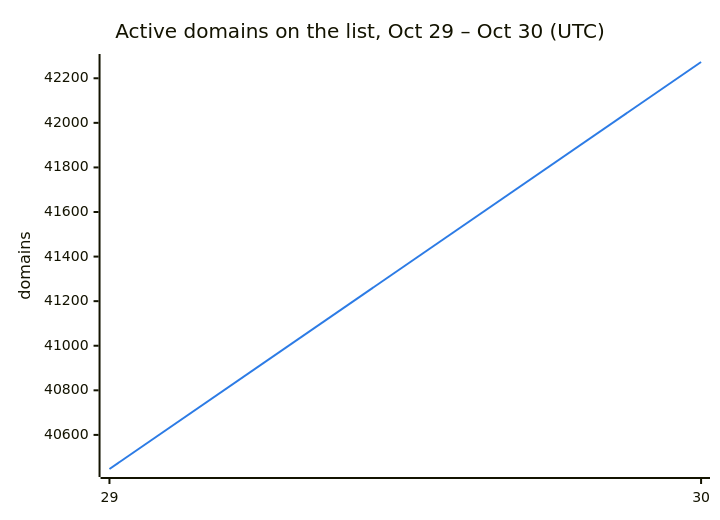
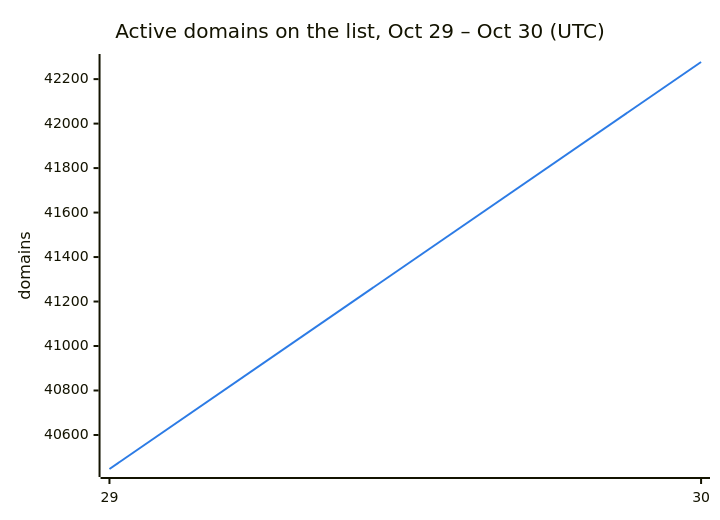
Before and after one commit to DNSBunker/CTI: the second of 3 diagrams in README.md, drawn with Mermaid. The commit also changed other lines of this file and 3 other files, not shown here.

````diff
--- a/README.md
+++ b/README.md
@@ -38,8 +38,8 @@
 ```mermaid
 %%{init: {"themeVariables": {"xyChart": {"plotColorPalette": "#2c7be5"}}}}%%
 xychart-beta
     title "Active domains on the list, Oct 29 – Oct 30 (UTC)"
     x-axis ["29", "30"]
     y-axis "domains"
-    line [40447, 42273]
+    line [40447, 42277]
 ```
````
